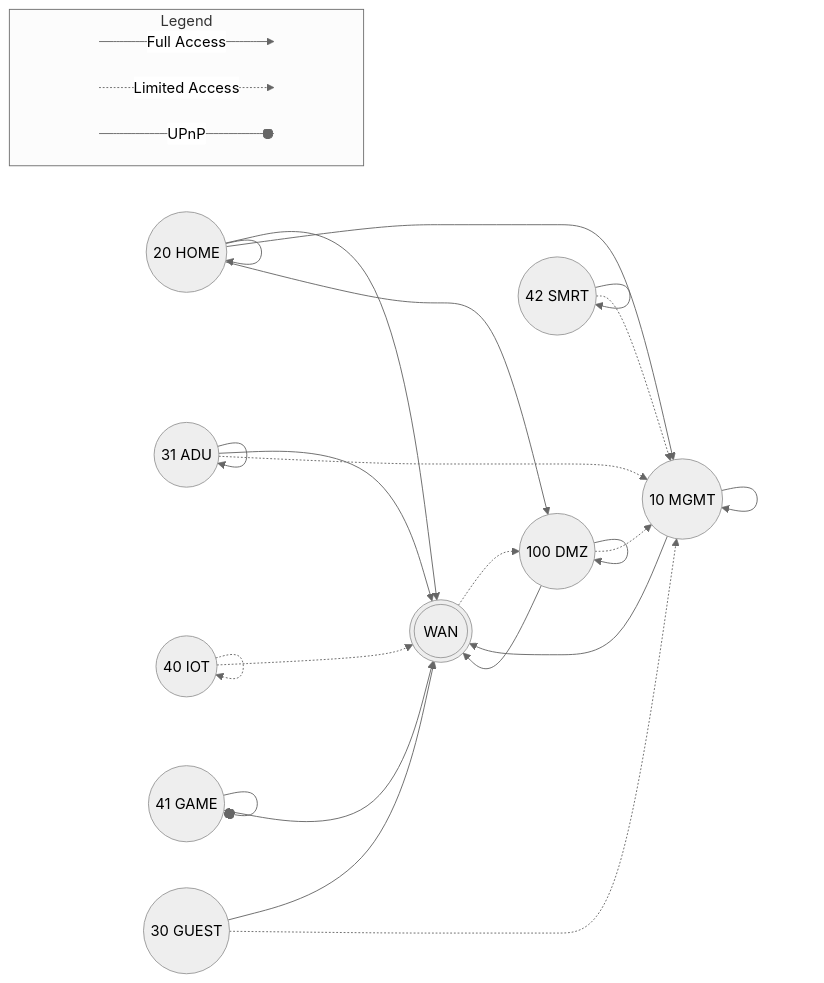
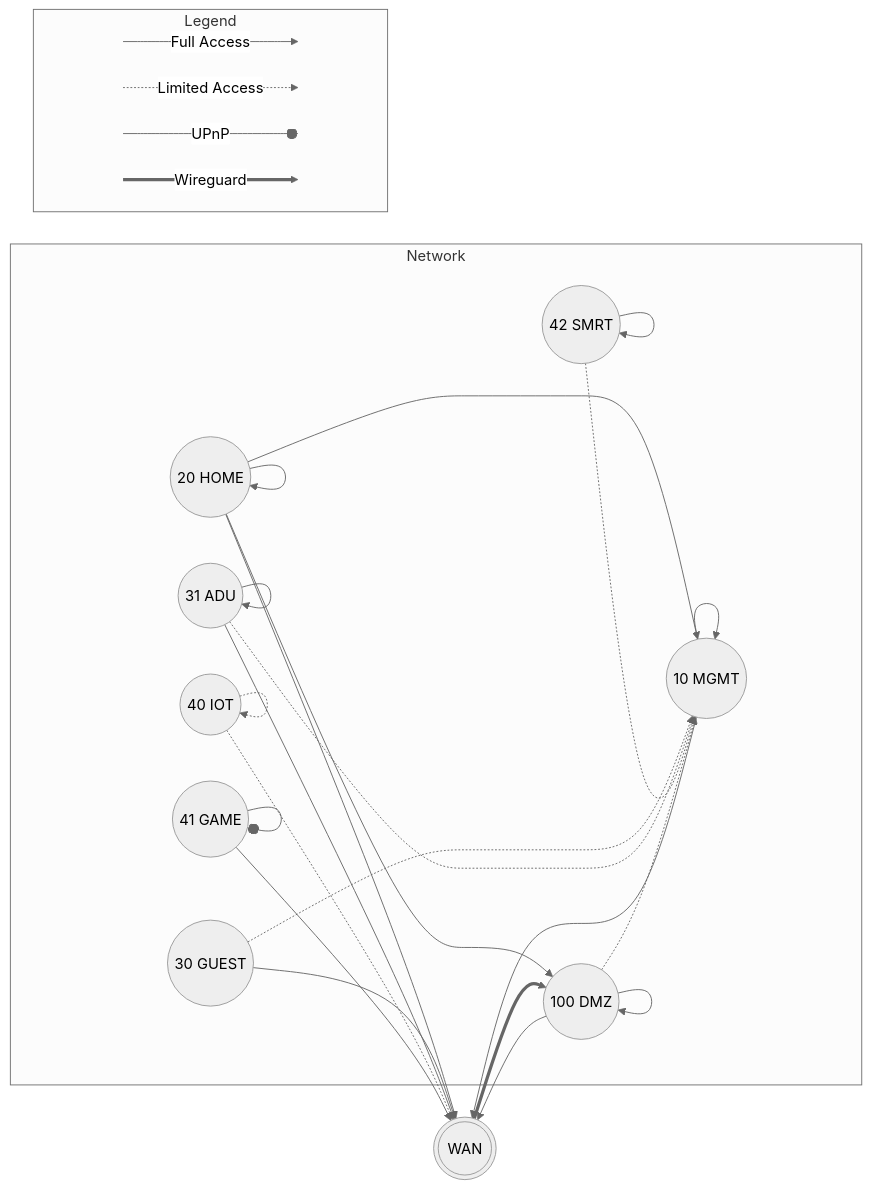
One commit to mutantmell/dotfiles changed the diagram in common/network/readme.md. Above: the diagram before and after it, drawn with Mermaid (neutral theme).

Commit message:
try and make graph more readable

````diff
--- a/common/network/readme.md
+++ b/common/network/readme.md
@@ -3,46 +3,61 @@
 ```mermaid
 flowchart LR
+
+  WAN(((WAN)))
+
+  subgraph Network
+    MGMT((10 MGMT))
+    HOME((20 HOME))
+    GUEST((30 GUEST))
+    ADU((31 ADU))
+    IOT((40 IOT))
+    GAME((41 GAME))
+    SMRT((42 SMRT))
+    DMZ((100 DMZ))
+  end
+
+  MGMT --> WAN
+  MGMT --> MGMT
+
+  HOME  --> HOME
+  HOME --> WAN
+  HOME --> MGMT
+  HOME --> DMZ
+
+  GUEST --> WAN
+  GUEST -.-> MGMT
+
+  ADU  --> ADU
+  ADU --> WAN
+  ADU -.-> MGMT
+
+  IOT -.-> IOT
+  IOT -.-> WAN
+
+  GAME --o GAME
+  GAME --> WAN
+
+  SMRT --> SMRT
+  SMRT -.-> MGMT
+
+  DMZ --> DMZ
+  DMZ --> WAN
+  DMZ -.-> MGMT
+  WAN ==> DMZ
+
   subgraph Legend
     direction LR
 	src1[ ] -->|Full Access| snk1[ ]
 	style src1 height:0px;
 	style snk1 height:0px;
 	src2[ ] -.->|Limited Access| snk2[ ]
 	style src2 height:0px;
-	style snk2 height:0px;	
+	style snk2 height:0px;
 	src3[ ] --o|UPnP| snk3[ ]
 	style src3 height:0px;
-	style snk3 height:0px;		
+	style snk3 height:0px;
+	src4[ ] ==>|Wireguard| snk4[ ]
+	style src4 height:0px
+	style snk4 height:0px;
   end
-
-  WAN(((WAN)))
-  WAN -.-> DMZ
-
-  MGMT((10 MGMT)) --> MGMT
-  MGMT --> WAN
-
-  HOME((20 HOME)) --> HOME
-  HOME --> WAN
-  HOME --> MGMT
-  HOME --> DMZ
-
-  GUEST((30 GUEST)) --> WAN
-  GUEST -.-> MGMT
-
-  ADU((31 ADU)) --> ADU
-  ADU --> WAN
-  ADU -.-> MGMT
-  
-  IOT((40 IOT)) -.-> IOT
-  IOT -.-> WAN
-
-  GAME((41 GAME)) --o GAME
-  GAME --> WAN
-
-  SMRT((42 SMRT)) --> SMRT
-  SMRT((42 SMRT)) -.-> MGMT
-  
-  DMZ((100 DMZ)) --> DMZ
-  DMZ -.-> MGMT
-  DMZ --> WAN
 ```
````
